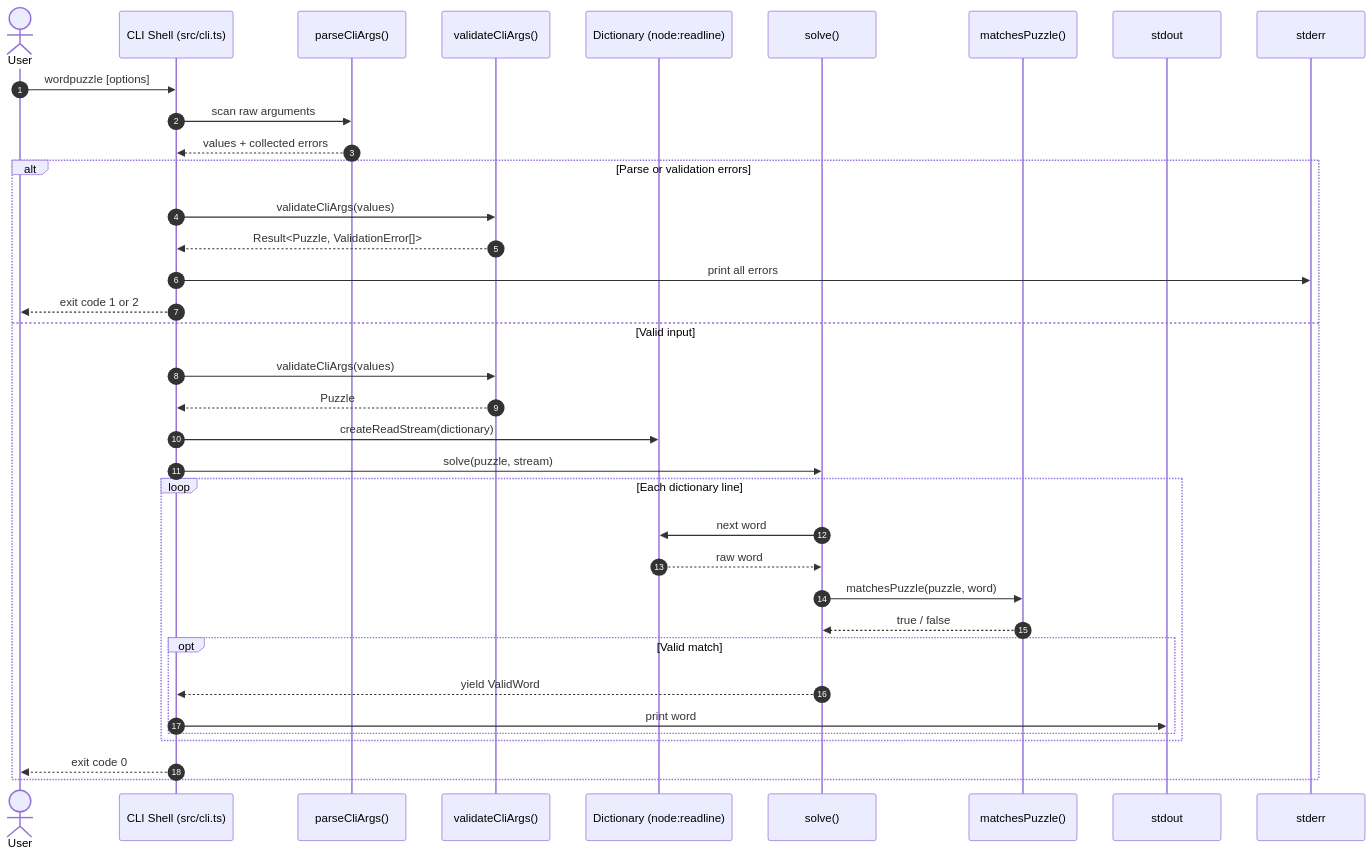
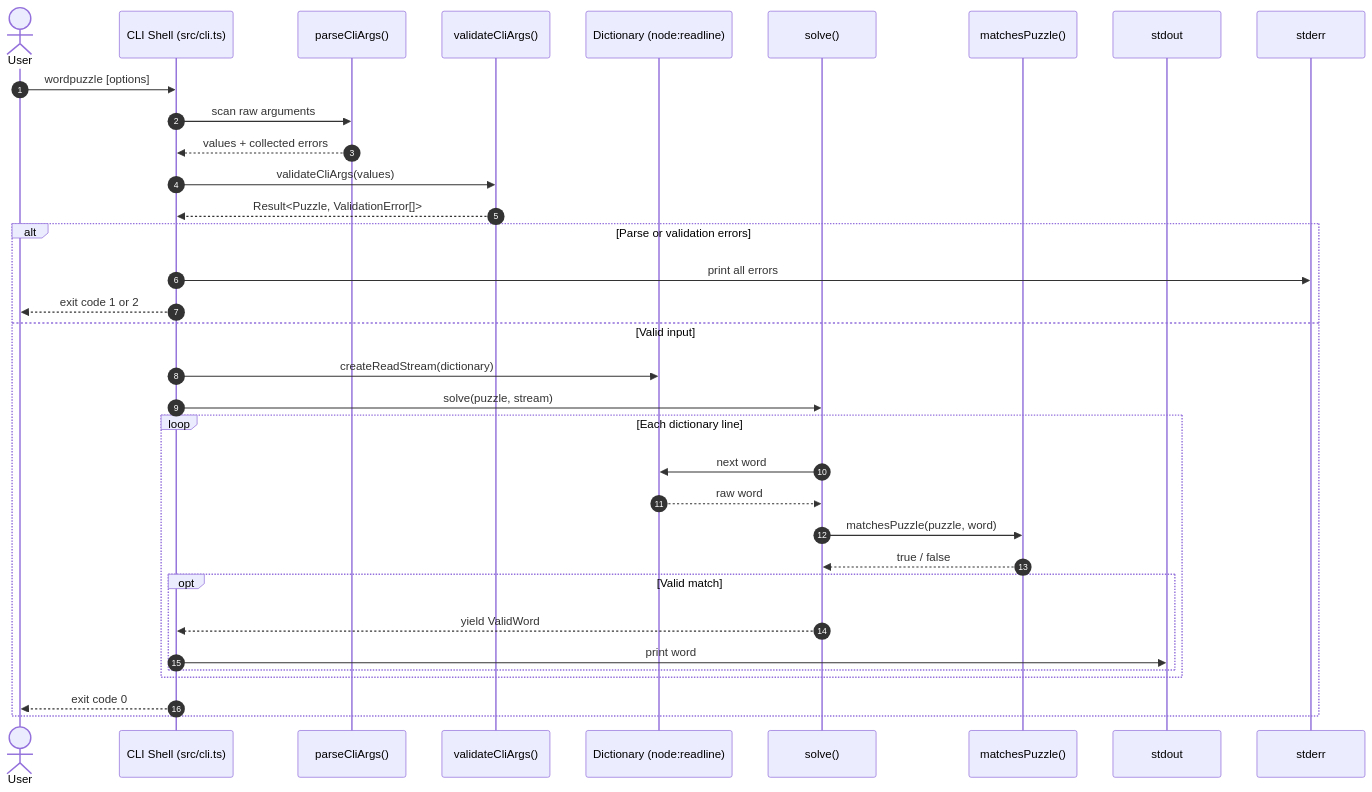
Before and after one commit to frankhjung/typescript-wordpuzzle: the first of 2 diagrams in README.md, drawn with Mermaid. The commit also changed other lines of this file and 6 other files, not shown here.

````diff
--- a/README.md
+++ b/README.md
@@ -223,40 +225,38 @@
 ```mermaid
 sequenceDiagram
-  autonumber
-  actor User
-  participant CLI as CLI Shell (src/cli.ts)
-  participant Parser as parseCliArgs()
-  participant Val as validateCliArgs()
-  participant Dict as Dictionary (node:readline)
-  participant Solver as solve()
-  participant Pred as matchesPuzzle()
-  participant Stdout as stdout
-  participant Stderr as stderr
+    autonumber
+    actor User
+    participant CLI as CLI Shell (src/cli.ts)
+    participant Parser as parseCliArgs()
+    participant Val as validateCliArgs()
+    participant Dict as Dictionary (node:readline)
+    participant Solver as solve()
+    participant Pred as matchesPuzzle()
+    participant Stdout as stdout
+    participant Stderr as stderr
 
-  User->>CLI: wordpuzzle [options]
-  CLI->>Parser: scan raw arguments
-  Parser-->>CLI: values + collected errors
-
-  alt Parse or validation errors
+    User->>CLI: wordpuzzle [options]
+    CLI->>Parser: scan raw arguments
+    Parser-->>CLI: values + collected errors
     CLI->>Val: validateCliArgs(values)
     Val-->>CLI: Result<Puzzle, ValidationError[]>
-    CLI->>Stderr: print all errors
-    CLI-->>User: exit code 1 or 2
-  else Valid input
-    CLI->>Val: validateCliArgs(values)
-    Val-->>CLI: Puzzle
-    CLI->>Dict: createReadStream(dictionary)
-    CLI->>Solver: solve(puzzle, stream)
-    loop Each dictionary line
-      Solver->>Dict: next word
-      Dict-->>Solver: raw word
-      Solver->>Pred: matchesPuzzle(puzzle, word)
-      Pred-->>Solver: true / false
-      opt Valid match
-        Solver-->>CLI: yield ValidWord
-        CLI->>Stdout: print word
-      end
+
+    alt Parse or validation errors
+        CLI->>Stderr: print all errors
+        CLI-->>User: exit code 1 or 2
+    else Valid input
+        CLI->>Dict: createReadStream(dictionary)
+        CLI->>Solver: solve(puzzle, stream)
+        loop Each dictionary line
+            Solver->>Dict: next word
+            Dict-->>Solver: raw word
+            Solver->>Pred: matchesPuzzle(puzzle, word)
+            Pred-->>Solver: true / false
+            opt Valid match
+                Solver-->>CLI: yield ValidWord
+                CLI->>Stdout: print word
+            end
+        end
+        CLI-->>User: exit code 0
     end
-    CLI-->>User: exit code 0
-  end
 ```
````
